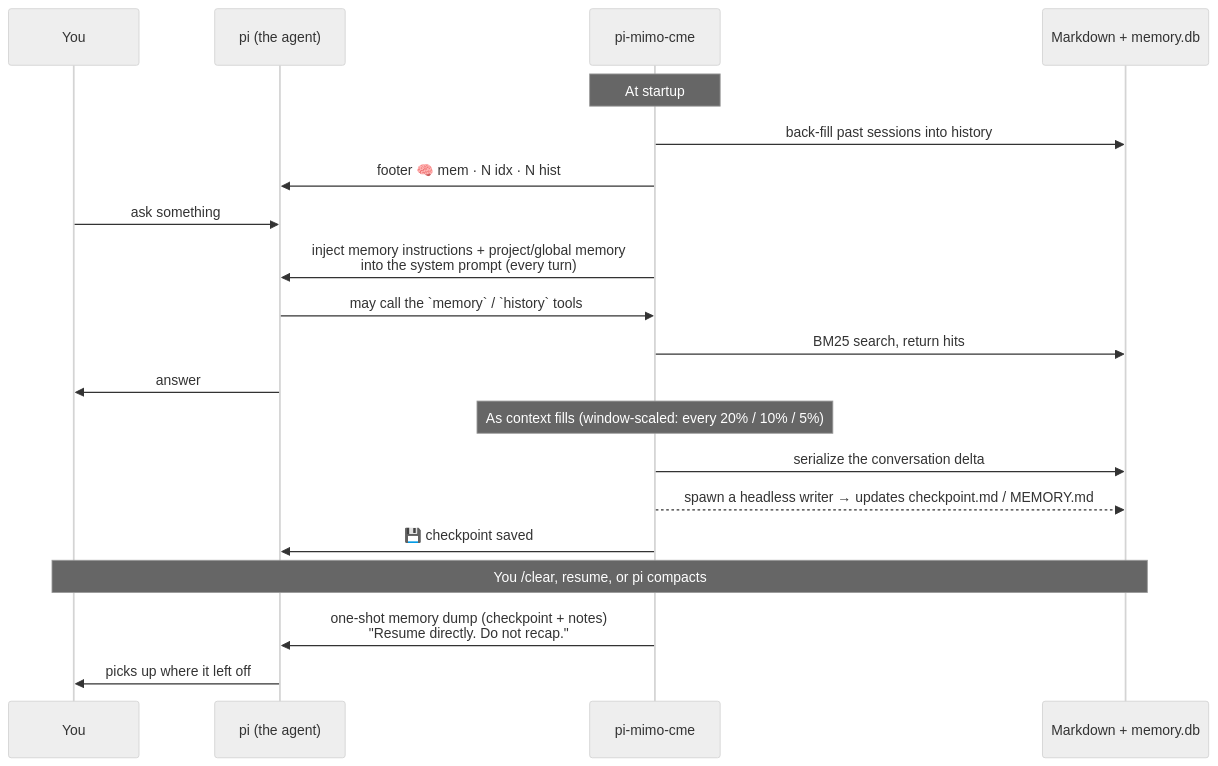
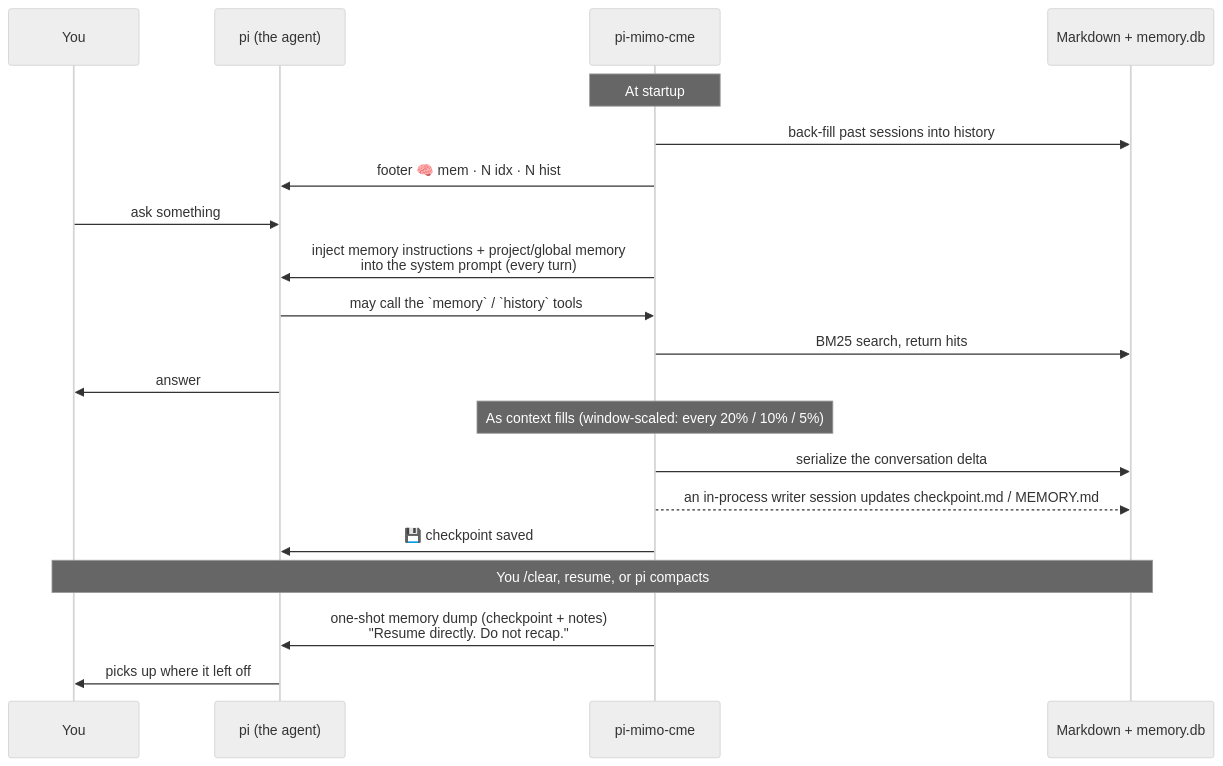
Before and after one commit to underactive/pi-mimo-cme: the second of 2 diagrams in docs/ONBOARDING-USERS.md, drawn with Mermaid (neutral theme). The commit also changed other lines of this file and 6 other files, not shown here.

````diff
--- a/docs/ONBOARDING-USERS.md
+++ b/docs/ONBOARDING-USERS.md
@@ -130,26 +130,26 @@
 ```mermaid
 sequenceDiagram
     participant You
     participant pi as pi (the agent)
     participant Ext as pi-mimo-cme
     participant Disk as Markdown + memory.db
 
     Note over Ext: At startup
     Ext->>Disk: back-fill past sessions into history
     Ext->>pi: footer 🧠 mem · N idx · N hist
 
     You->>pi: ask something
     Ext->>pi: inject memory instructions + project/global memory<br/>into the system prompt (every turn)
     pi->>Ext: may call the `memory` / `history` tools
     Ext->>Disk: BM25 search, return hits
     pi->>You: answer
 
     Note over Ext: As context fills (window-scaled: every 20% / 10% / 5%)
     Ext->>Disk: serialize the conversation delta
-    Ext-->>Disk: spawn a headless writer → updates checkpoint.md / MEMORY.md
+    Ext-->>Disk: an in-process writer session updates checkpoint.md / MEMORY.md
     Ext->>pi: 💾 checkpoint saved
 
     Note over You,Disk: You /clear, resume, or pi compacts
     Ext->>pi: one-shot memory dump (checkpoint + notes)<br/>"Resume directly. Do not recap."
     pi->>You: picks up where it left off
 ```
````
